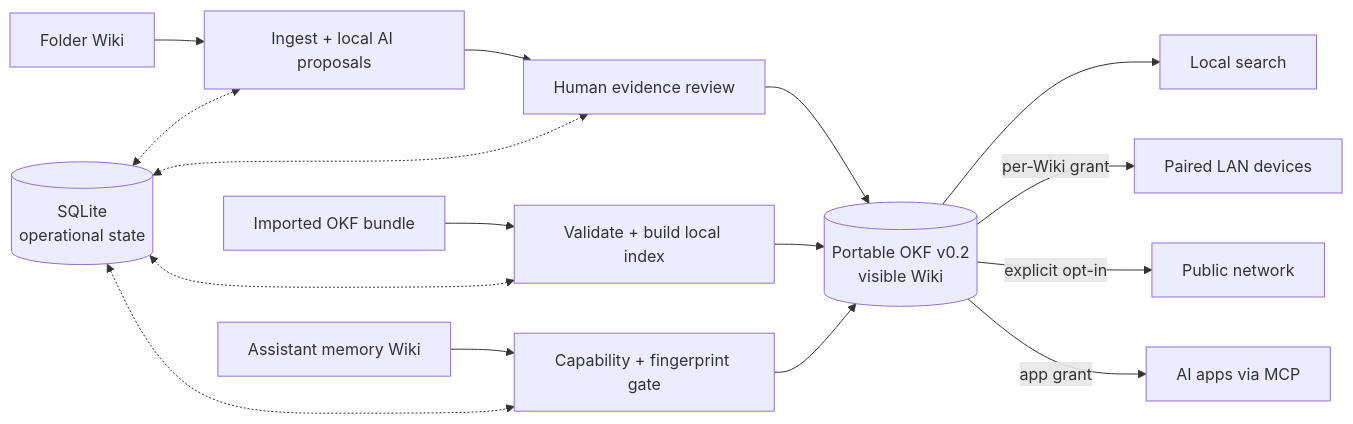
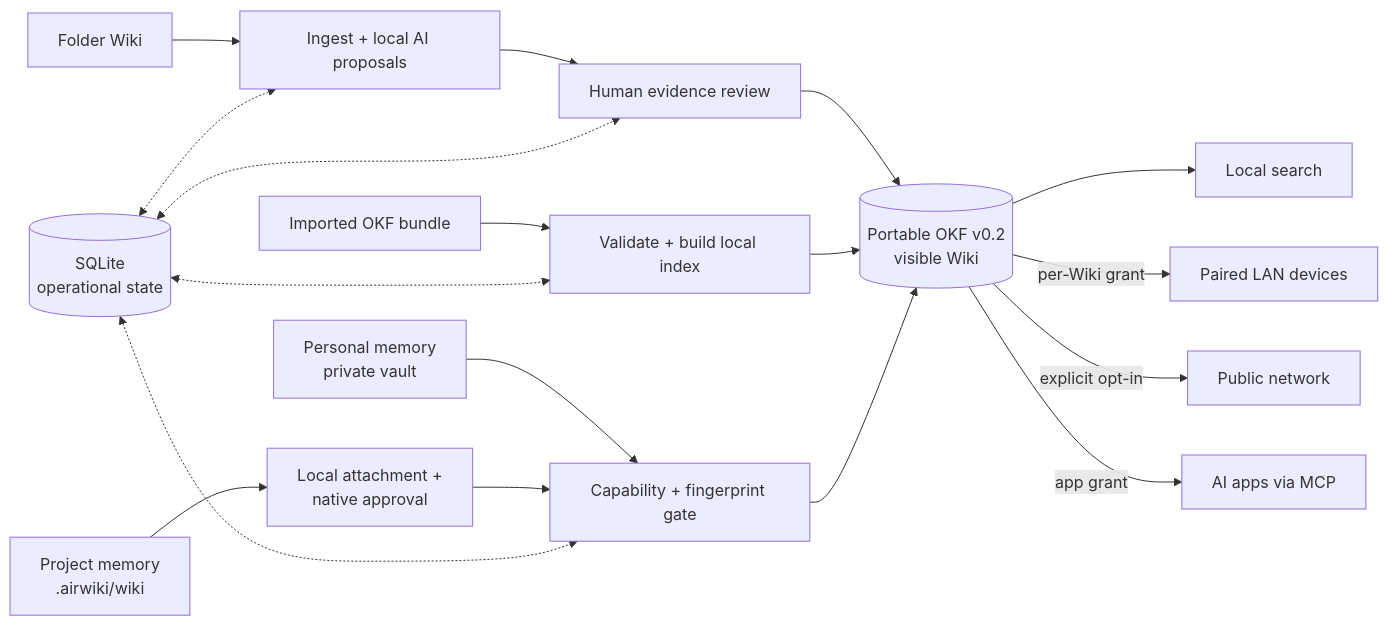
Before and after one commit to airwiki/airwiki: the second of 2 diagrams in README.md, drawn with Mermaid. The commit also changed other lines of this file and 53 other files, not shown here.

First line of the commit message:
feat(memory): add portable project memory (#64)

````diff
--- a/README.md
+++ b/README.md
@@ -142,23 +177,25 @@
 ```mermaid
 flowchart LR
     folder["Folder Wiki"] --> folder_pipeline["Ingest + local AI proposals"]
     folder_pipeline --> review["Human evidence review"]
     review --> bundle[("Portable OKF v0.2<br/>visible Wiki")]
 
     imported["Imported OKF bundle"] --> import_pipeline["Validate + build local index"]
     import_pipeline --> bundle
 
-    memory["Assistant memory Wiki"] --> capability["Capability + fingerprint gate"]
+    memory["Personal memory<br/>private vault"] --> capability["Capability + fingerprint gate"]
+    project_memory["Project memory<br/>.airwiki/wiki"] --> attachment["Local attachment +<br/>native approval"]
+    attachment --> capability
     capability --> bundle
 
     state[("SQLite<br/>operational state")]
     state <-.-> folder_pipeline
     state <-.-> import_pipeline
     state <-.-> capability
     state <-.-> review
 
     bundle --> local["Local search"]
     bundle -- "per-Wiki grant" --> lan["Paired LAN devices"]
     bundle -- "explicit opt-in" --> public["Public network"]
     bundle -- "app grant" --> mcp["AI apps via MCP"]
 ```
````
